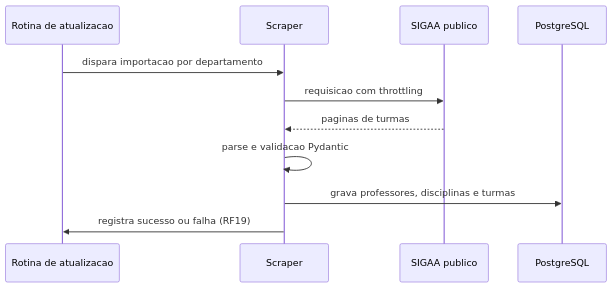
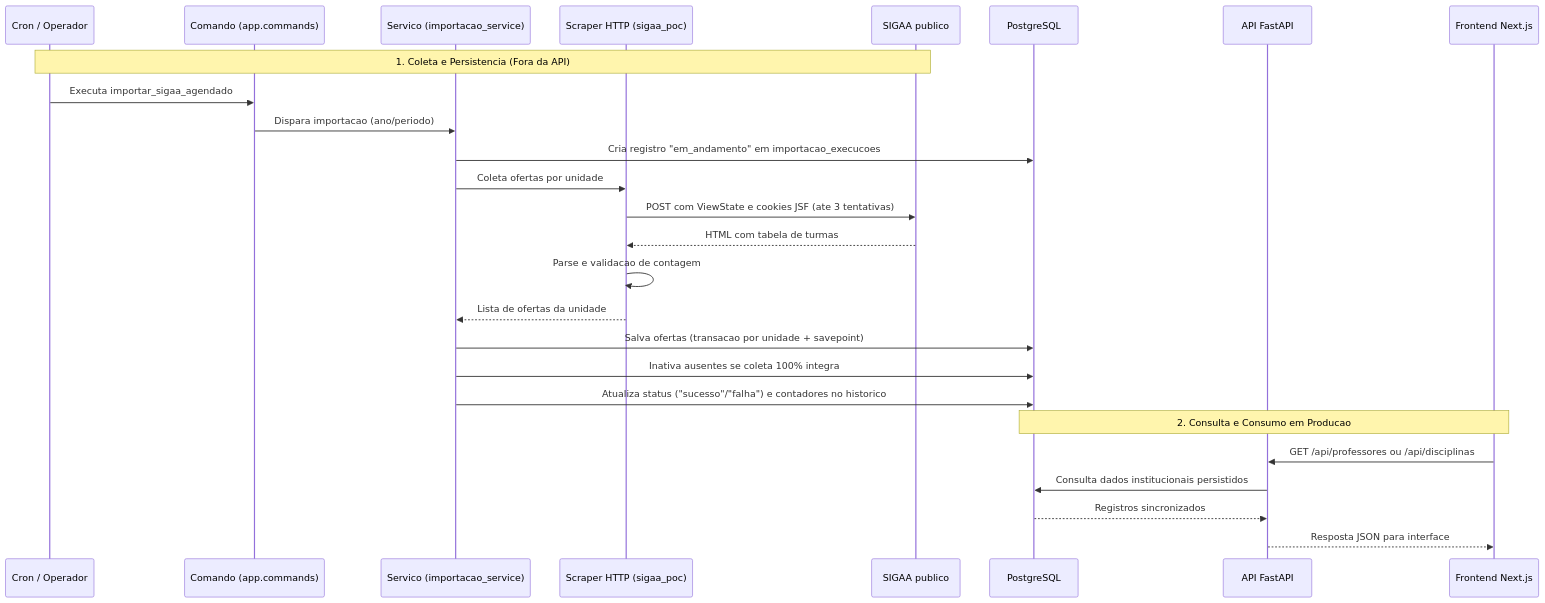
One commit to unb-mds/2026-02-UnDb changed the third of 3 diagrams in docs/arquitetura.md. Above: the diagram before and after it, drawn with Mermaid. The commit also changed other lines of this file, not shown here.

Commit message:
docs: alinhar arquitetura e referencias da integracao

````diff
--- a/docs/arquitetura.md
+++ b/docs/arquitetura.md
@@ -166,14 +168,30 @@
 ```mermaid
 sequenceDiagram
-    participant Job as Rotina de atualizacao
-    participant Scraper
+    participant Cron as Cron / Operador
+    participant Cmd as Comando (app.commands)
+    participant Svc as Servico (importacao_service)
+    participant Scraper as Scraper HTTP (sigaa_poc)
     participant SIGAA as SIGAA publico
     participant DB as PostgreSQL
+    participant API as API FastAPI
+    participant Web as Frontend Next.js
 
-    Job->>Scraper: dispara importacao por departamento
-    Scraper->>SIGAA: requisicao com throttling
-    SIGAA-->>Scraper: paginas de turmas
-    Scraper->>Scraper: parse e validacao Pydantic
-    Scraper->>DB: grava professores, disciplinas e turmas
-    Scraper->>Job: registra sucesso ou falha (RF19)
+    Note over Cron,SIGAA: 1. Coleta e Persistencia (Fora da API)
+    Cron->>Cmd: Executa importar_sigaa_agendado
+    Cmd->>Svc: Dispara importacao (ano/periodo)
+    Svc->>DB: Cria registro "em_andamento" em importacao_execucoes
+    Svc->>Scraper: Coleta ofertas por unidade
+    Scraper->>SIGAA: POST com ViewState e cookies JSF (ate 3 tentativas)
+    SIGAA-->>Scraper: HTML com tabela de turmas
+    Scraper->>Scraper: Parse e validacao de contagem
+    Scraper-->>Svc: Lista de ofertas da unidade
+    Svc->>DB: Salva ofertas (transacao por unidade + savepoint)
+    Svc->>DB: Inativa ausentes se coleta 100% integra
+    Svc->>DB: Atualiza status ("sucesso"/"falha") e contadores no historico
+
+    Note over DB,Web: 2. Consulta e Consumo em Producao
+    Web->>API: GET /api/professores ou /api/disciplinas
+    API->>DB: Consulta dados institucionais persistidos
+    DB-->>API: Registros sincronizados
+    API-->>Web: Resposta JSON para interface
 ```
````
